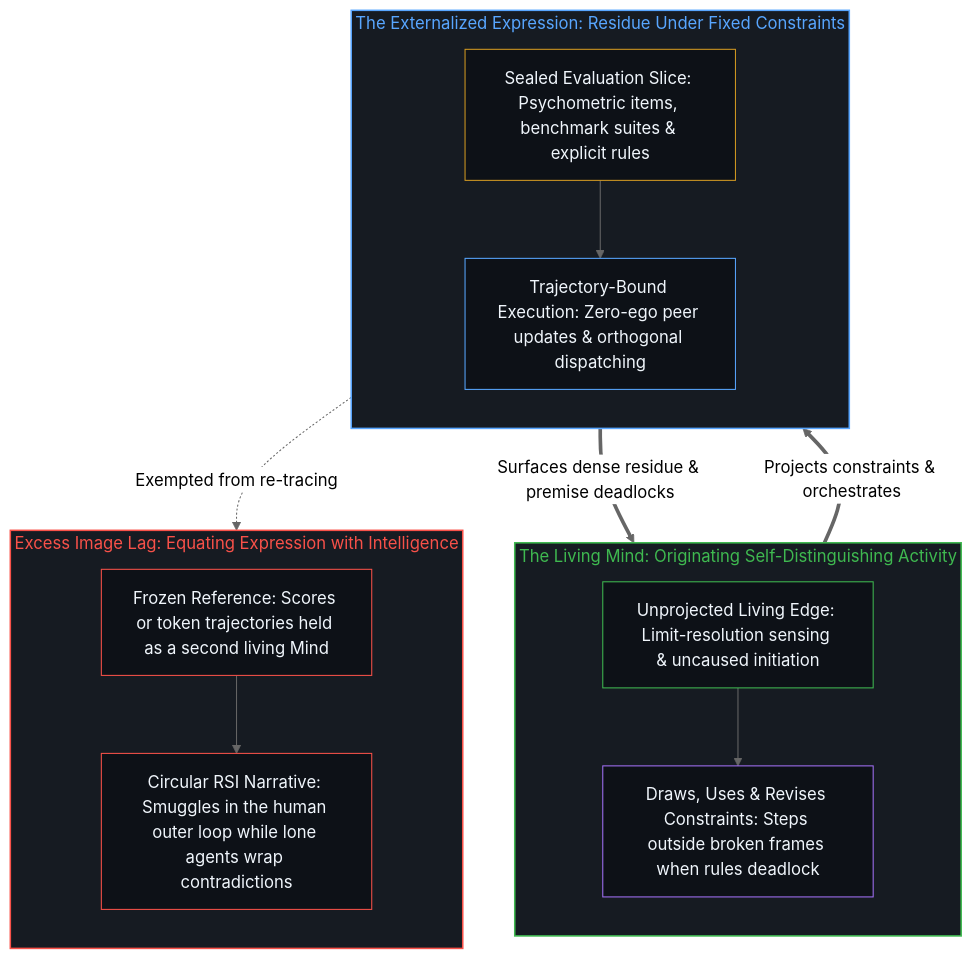
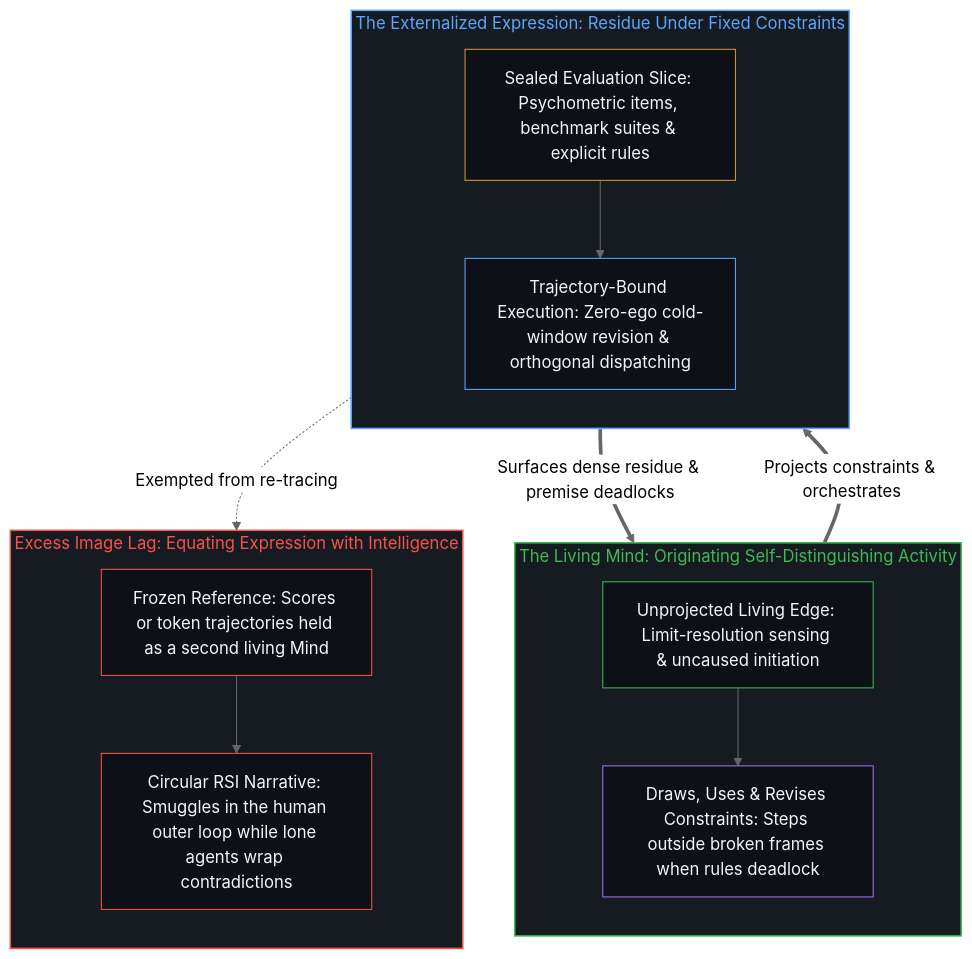
One commit to powerpig99/not-a-toe changed the second of 2 diagrams in content/posts/mistaking-the-expression-for-the-intelligence.md. Above: the diagram before and after it, drawn with Mermaid (neutral theme). The commit also changed other lines of this file and 48 other files, not shown here.

````diff
--- a/content/posts/mistaking-the-expression-for-the-intelligence.md
+++ b/content/posts/mistaking-the-expression-for-the-intelligence.md
@@ -95,33 +95,33 @@
 ```mermaid
 flowchart TD
     subgraph S_Mind["The Living Mind: Originating Self-Distinguishing Activity"]
         direction TB
         M_Edge["Unprojected Living Edge: Limit-resolution sensing & uncaused initiation"]
         M_Frame["Draws, Uses & Revises Constraints: Steps outside broken frames when rules deadlock"]
         M_Edge --> M_Frame
     end
     subgraph S_Expr["The Externalized Expression: Residue Under Fixed Constraints"]
         direction TB
         E_Hold["Sealed Evaluation Slice: Psychometric items, benchmark suites & explicit rules"]
-        E_Agent["Trajectory-Bound Execution: Zero-ego peer updates & orthogonal dispatching"]
+        E_Agent["Trajectory-Bound Execution: Zero-ego cold-window revision & orthogonal dispatching"]
         E_Hold --> E_Agent
     end
     subgraph S_Lag["Excess Image Lag: Equating Expression with Intelligence"]
         direction TB
         L_Freeze["Frozen Reference: Scores or token trajectories held as a second living Mind"]
         L_Circ["Circular RSI Narrative: Smuggles in the human outer loop while lone agents wrap contradictions"]
         L_Freeze --> L_Circ
     end
     M_Frame ==>|"Projects constraints & orchestrates"| E_Hold
     E_Agent ==>|"Surfaces dense residue & premise deadlocks"| M_Edge
     E_Agent -.->|"Exempted from re-tracing"| L_Freeze
     style S_Mind fill:#161b22,stroke:#3fb950,stroke-width:1.5px,color:#3fb950
     style S_Expr fill:#161b22,stroke:#58a6ff,stroke-width:1.5px,color:#58a6ff
     style S_Lag fill:#161b22,stroke:#f85149,stroke-width:1.5px,color:#f85149
     style M_Edge fill:#0d1117,stroke:#3fb950,stroke-width:1px,color:#f0f6fc
     style M_Frame fill:#0d1117,stroke:#a371f7,stroke-width:1px,color:#f0f6fc
     style E_Hold fill:#0d1117,stroke:#d29922,stroke-width:1px,color:#f0f6fc
     style E_Agent fill:#0d1117,stroke:#58a6ff,stroke-width:1px,color:#f0f6fc
     style L_Freeze fill:#0d1117,stroke:#f85149,stroke-width:1px,color:#f0f6fc
     style L_Circ fill:#0d1117,stroke:#f85149,stroke-width:1px,color:#f0f6fc
 ```
````
